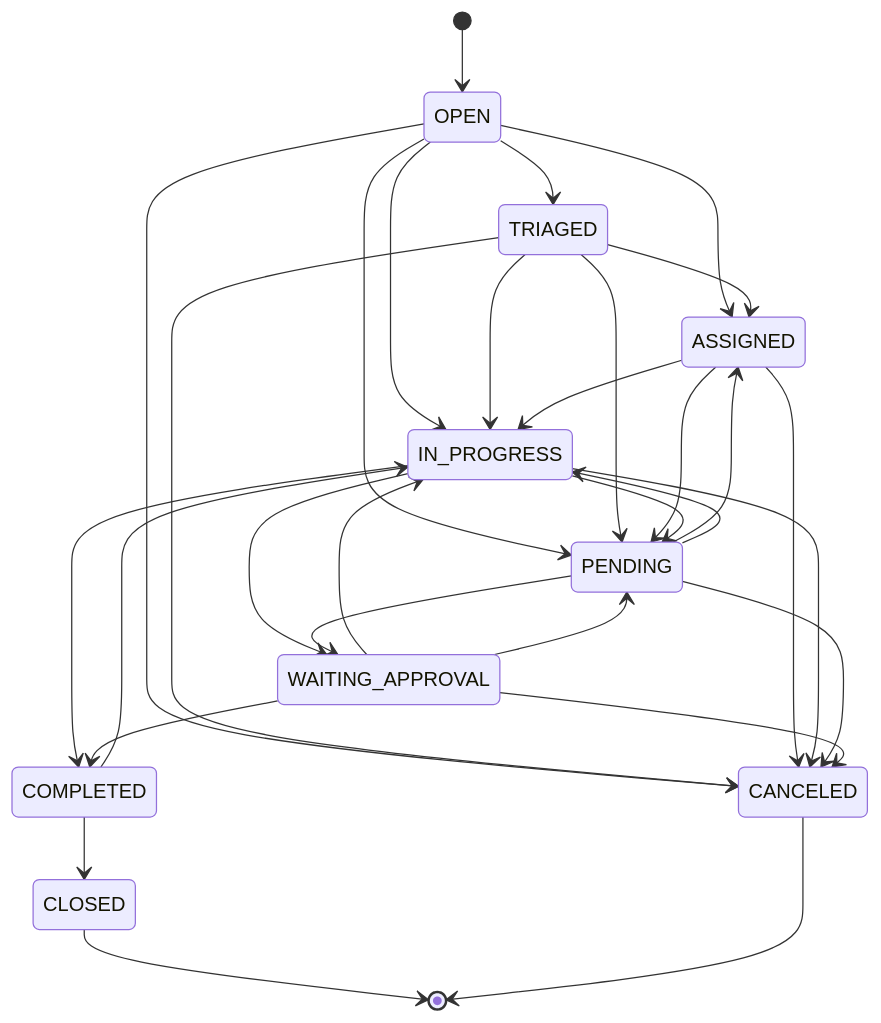
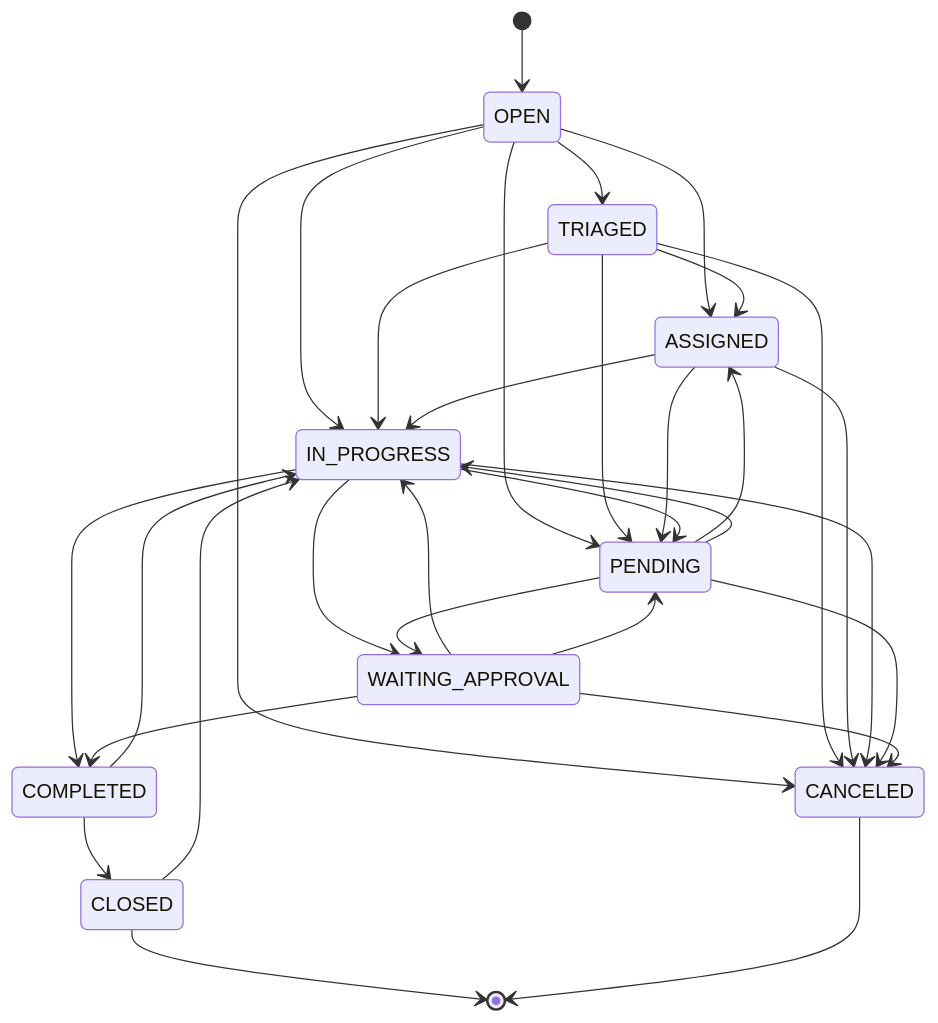
The diagram in docs/03-regras-ordens-de-servico.md (andrebaetaobraspublicas-collab/manutencao-predial), drawn with Mermaid before and after one commit. The commit also changed other lines of this file and 93 other files, not shown here.

````diff
--- a/docs/03-regras-ordens-de-servico.md
+++ b/docs/03-regras-ordens-de-servico.md
@@ -33,32 +33,33 @@
 ```mermaid
 stateDiagram-v2
   [*] --> OPEN
   OPEN --> TRIAGED
   OPEN --> ASSIGNED
   OPEN --> IN_PROGRESS
   OPEN --> PENDING
   OPEN --> CANCELED
   TRIAGED --> ASSIGNED
   TRIAGED --> IN_PROGRESS
   TRIAGED --> PENDING
   TRIAGED --> CANCELED
   ASSIGNED --> IN_PROGRESS
   ASSIGNED --> PENDING
   ASSIGNED --> CANCELED
   IN_PROGRESS --> PENDING
   IN_PROGRESS --> WAITING_APPROVAL
   IN_PROGRESS --> COMPLETED
   IN_PROGRESS --> CANCELED
   PENDING --> ASSIGNED
   PENDING --> IN_PROGRESS
   PENDING --> WAITING_APPROVAL
   PENDING --> CANCELED
   WAITING_APPROVAL --> IN_PROGRESS
   WAITING_APPROVAL --> PENDING
   WAITING_APPROVAL --> COMPLETED
   WAITING_APPROVAL --> CANCELED
   COMPLETED --> CLOSED
   COMPLETED --> IN_PROGRESS
+  CLOSED --> IN_PROGRESS
   CLOSED --> [*]
   CANCELED --> [*]
 ```
````
